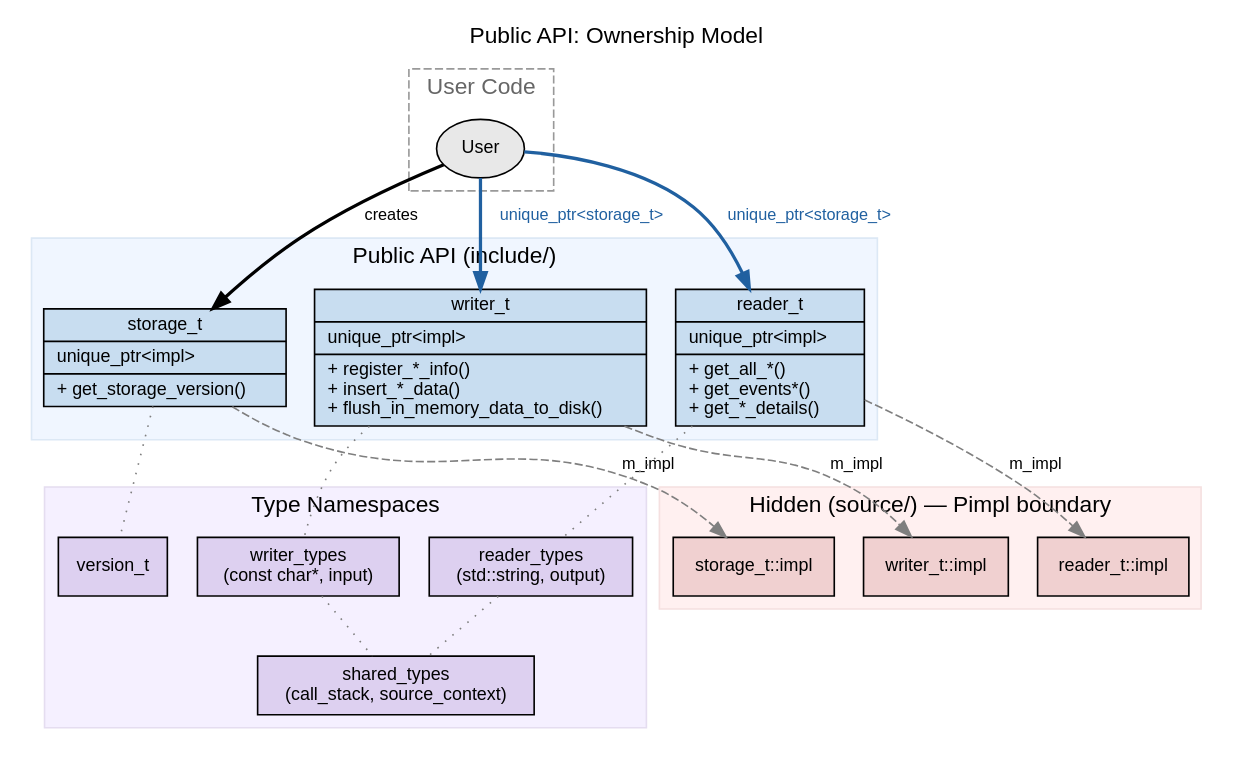
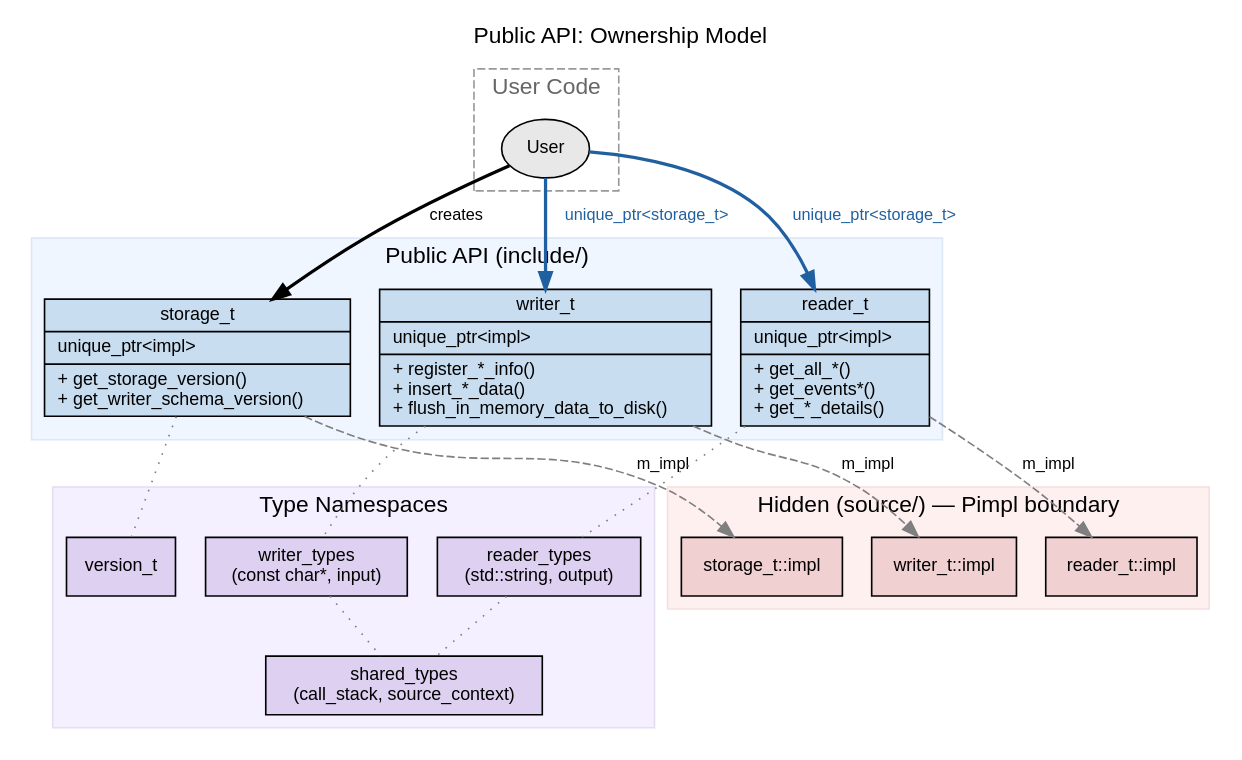
One commit to ROCm/rocm-systems changed the diagram in profilers/profiler-hub/docs/graphs/public_api_ownership.dot. Above: the diagram before and after it, drawn with Graphviz. The commit also changed 10 other files, not shown here.

Commit message:
profiler-hub: split library version from RocPD schema version

```diff
--- a/profilers/profiler-hub/docs/graphs/public_api_ownership.dot
+++ b/profilers/profiler-hub/docs/graphs/public_api_ownership.dot
@@ -1,67 +1,67 @@
 digraph public_api_ownership {
     rankdir=TB;
     fontname="Helvetica";
     node [fontname="Helvetica", fontsize=11, shape=record, style=filled];
     edge [fontname="Helvetica", fontsize=10];
 
     label="Public API: Ownership Model";
     labelloc=t;
     fontsize=14;
 
     subgraph cluster_user {
         label="User Code";
         style=dashed;
         color=gray60;
         fontcolor=gray40;
 
         user_code [label="User", shape=ellipse, fillcolor="#e8e8e8"];
     }
 
     subgraph cluster_public_api {
         label="Public API (include/)";
         style=filled;
         color="#dce8f5";
         fillcolor="#f0f6ff";
 
-        storage [label="{storage_t|unique_ptr\<impl\>\l|+ get_storage_version()\l}", fillcolor="#c8ddf0"];
+        storage [label="{storage_t|unique_ptr\<impl\>\l|+ get_storage_version()\l+ get_writer_schema_version()\l}", fillcolor="#c8ddf0"];
         writer [label="{writer_t|unique_ptr\<impl\>\l|+ register_*_info()\l+ insert_*_data()\l+ flush_in_memory_data_to_disk()\l}", fillcolor="#c8ddf0"];
         reader [label="{reader_t|unique_ptr\<impl\>\l|+ get_all_*()\l+ get_events*()\l+ get_*_details()\l}", fillcolor="#c8ddf0"];
     }
 
     subgraph cluster_types {
         label="Type Namespaces";
         style=filled;
         color="#e5ddf0";
         fillcolor="#f5f0ff";
 
         writer_types [label="writer_types\n(const char*, input)", shape=box, fillcolor="#ddd0f0"];
         reader_types [label="reader_types\n(std::string, output)", shape=box, fillcolor="#ddd0f0"];
         shared_types [label="shared_types\n(call_stack, source_context)", shape=box, fillcolor="#ddd0f0"];
         version [label="version_t", shape=box, fillcolor="#ddd0f0"];
     }
 
     subgraph cluster_hidden {
         label="Hidden (source/) — Pimpl boundary";
         style=filled;
         color="#f5e0e0";
         fillcolor="#fff0f0";
 
         storage_impl [label="storage_t::impl", shape=box, fillcolor="#f0d0d0"];
         writer_impl [label="writer_t::impl", shape=box, fillcolor="#f0d0d0"];
         reader_impl [label="reader_t::impl", shape=box, fillcolor="#f0d0d0"];
     }
 
     user_code -> storage [label="  creates  ", style=bold];
     user_code -> writer [label="  unique_ptr<storage_t>  ", style=bold, color="#2060a0", fontcolor="#2060a0"];
     user_code -> reader [label="  unique_ptr<storage_t>  ", style=bold, color="#2060a0", fontcolor="#2060a0"];
 
     storage -> storage_impl [label="  m_impl  ", style=dashed, color=gray50];
     writer -> writer_impl [label="  m_impl  ", style=dashed, color=gray50];
     reader -> reader_impl [label="  m_impl  ", style=dashed, color=gray50];
 
     writer -> writer_types [style=dotted, color=gray50, arrowhead=none];
     reader -> reader_types [style=dotted, color=gray50, arrowhead=none];
     writer_types -> shared_types [style=dotted, color=gray50, arrowhead=none];
     reader_types -> shared_types [style=dotted, color=gray50, arrowhead=none];
     storage -> version [style=dotted, color=gray50, arrowhead=none];
 }
```
